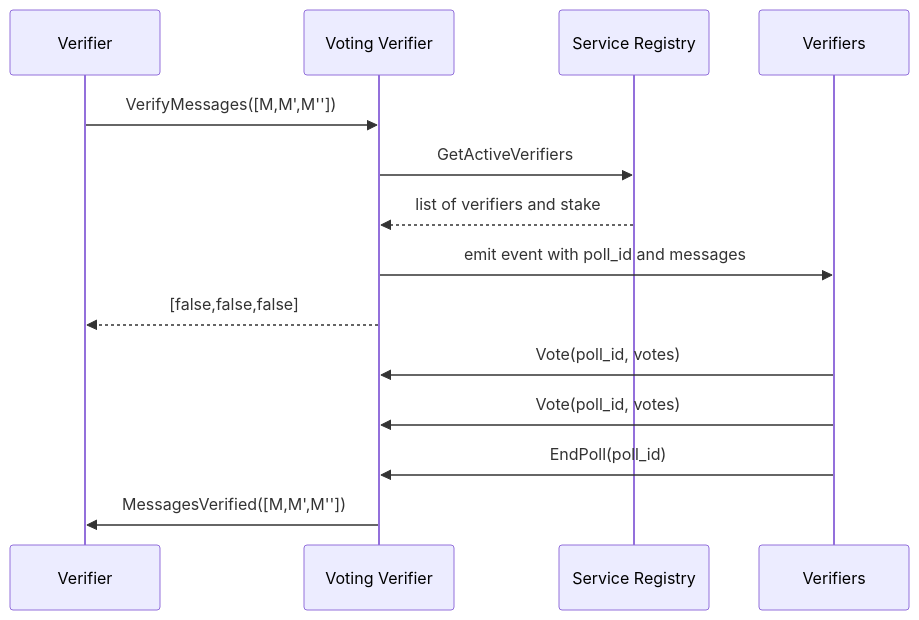
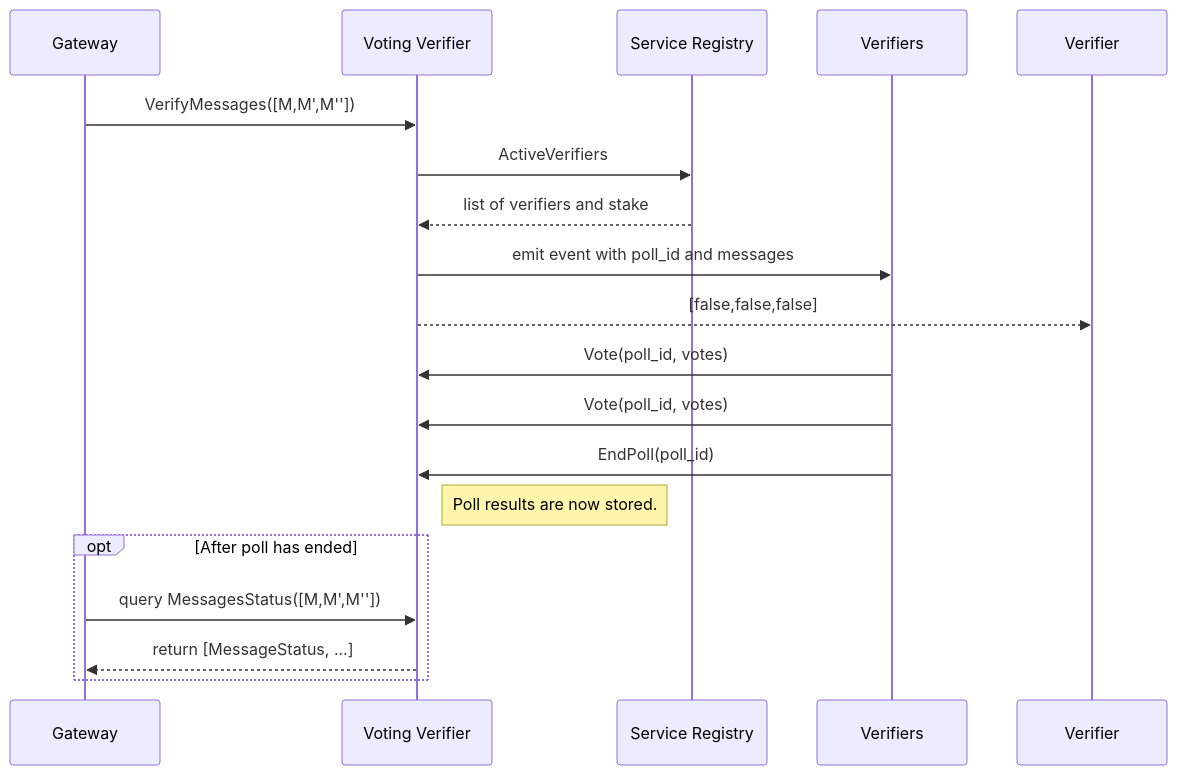
The second of 2 diagrams in doc/src/contracts/voting_verifier.md (axelarnetwork/axelar-amplifier), drawn with Mermaid before and after one commit. The commit also changed other lines of this file and 7 other files, not shown here.

````diff
--- a/doc/src/contracts/voting_verifier.md
+++ b/doc/src/contracts/voting_verifier.md
@@ -41,23 +40,27 @@
 ```mermaid
 sequenceDiagram
-participant Verifier
+participant Gateway
 participant Voting Verifier
 participant Service Registry
 participant OC as Verifiers
 
 
-Verifier->>Voting Verifier: VerifyMessages([M,M',M''])
+Gateway->>Voting Verifier: VerifyMessages([M,M',M''])
 
-Voting Verifier->>Service Registry: GetActiveVerifiers
+Voting Verifier->>Service Registry: ActiveVerifiers
 Service Registry-->>Voting Verifier: list of verifiers and stake
 Voting Verifier->>OC: emit event with poll_id and messages
 Voting Verifier-->>Verifier: [false,false,false]
 
 OC->>Voting Verifier: Vote(poll_id, votes)
 OC->>Voting Verifier: Vote(poll_id, votes)
 
-OC->>Voting Verifier: EndPoll(poll_id)
-Voting Verifier->>Verifier: MessagesVerified([M,M',M''])
+OC ->>Voting Verifier: EndPoll(poll_id)
+note right of Voting Verifier: Poll results are now stored.
 
+opt After poll has ended
+    Gateway->>Voting Verifier: query MessagesStatus([M,M',M''])
+    Voting Verifier-->>Gateway: return [MessageStatus, ...]
+end
 
 ```
````
